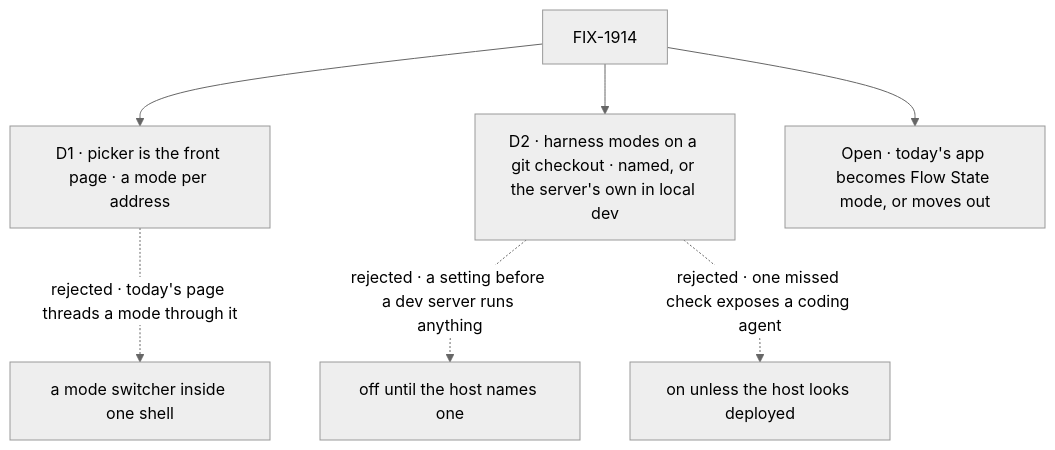
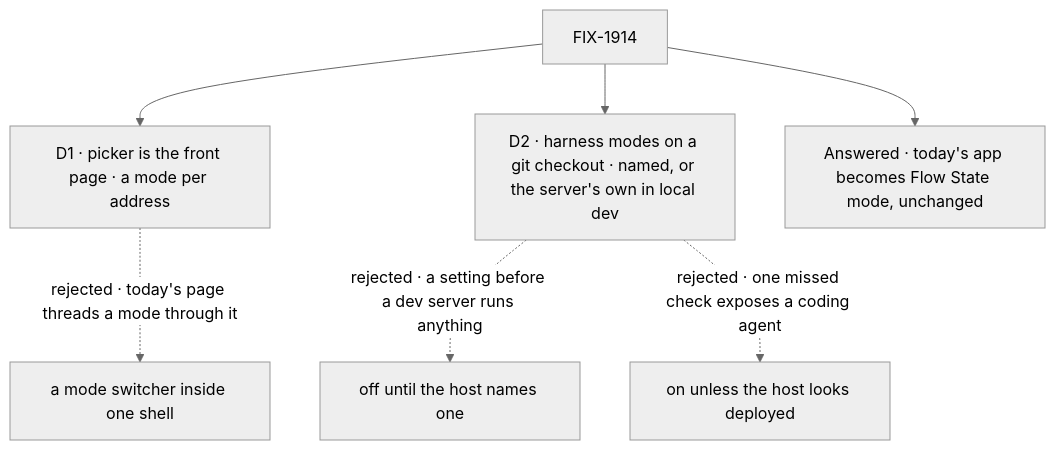
The diagram in specs/issues/FIX-1914/DECISIONS.md (fixpoint-labs/flow-state-dev), drawn with Mermaid (neutral theme) before and after one commit. The commit also changed other lines of this file and 27 other files, not shown here.

````diff
--- a/specs/issues/FIX-1914/DECISIONS.md
+++ b/specs/issues/FIX-1914/DECISIONS.md
@@ -10,9 +9,9 @@
 ```mermaid
 flowchart TD
   I["FIX-1914"] --> D1["D1 · picker is the front page · a mode per address"]
   D1 -.->|"rejected · today's page threads a mode through it"| X1["a mode switcher inside one shell"]
   I --> D2["D2 · harness modes on a git checkout · named, or the server's own in local dev"]
   D2 -.->|"rejected · a setting before a dev server runs anything"| X2b["off until the host names one"]
   D2 -.->|"rejected · one missed check exposes a coding agent"| X2["on unless the host looks deployed"]
-  I --> Q["Open · today's app becomes Flow State mode, or moves out"]
+  I --> Q["Answered · today's app becomes Flow State mode, unchanged"]
 ```
````
